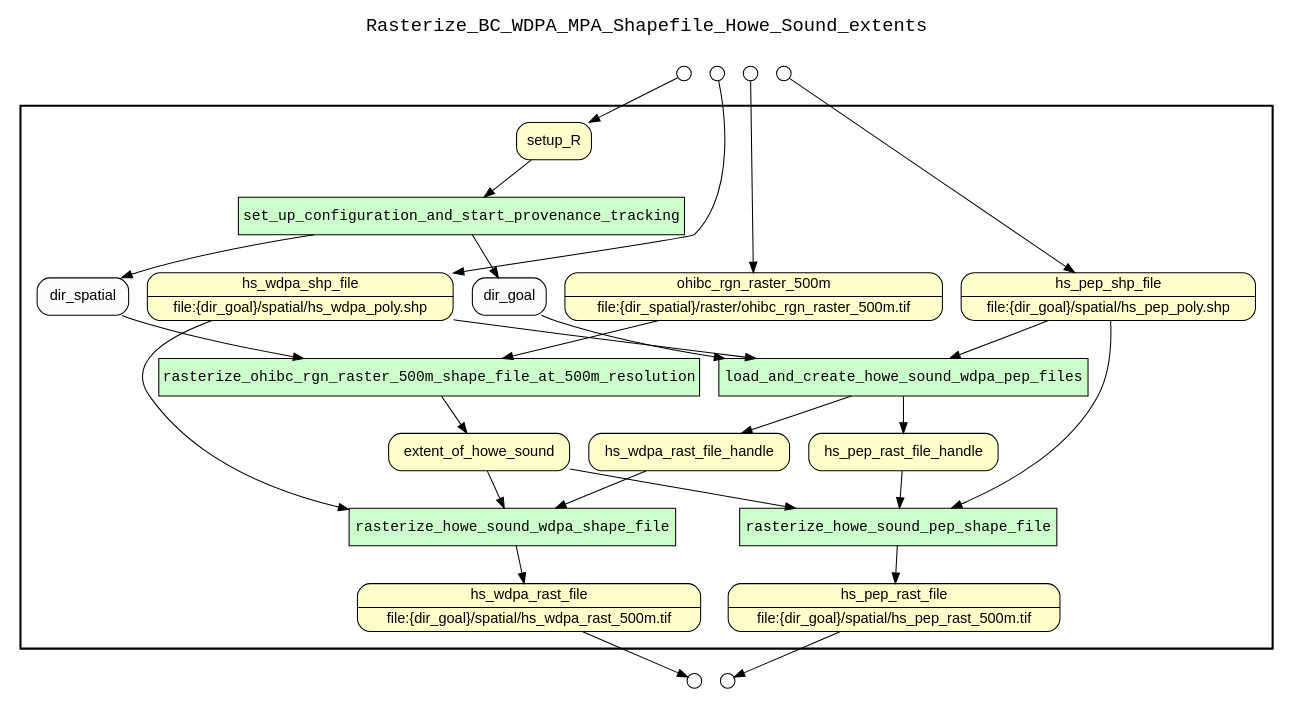
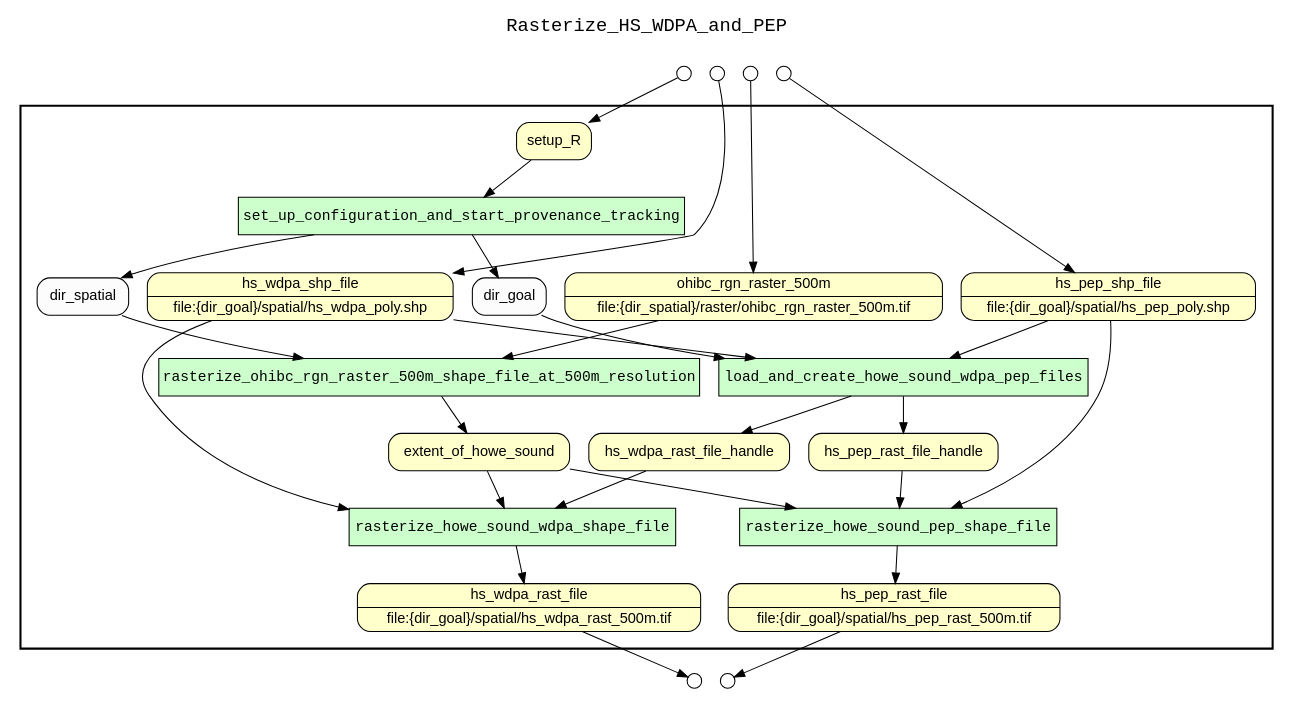
The diagram in examples/OHIBC_Howe_Sound/yw prospective figures only/results/rasterize_HS_WDPA_and_PEP_complete_wf_graph_uri.gv (sycao5/runManager-multipleRuns), drawn with Graphviz before and after one commit. The commit also changed 41 other files, not shown here.

Commit message:
Change the YW top-level WF name the same as the script name. The top-level YW tag is used as title of WF graphs.

```diff
--- a/examples/OHIBC_Howe_Sound/yw prospective figures only/results/rasterize_HS_WDPA_and_PEP_complete_wf_graph_uri.gv
+++ b/examples/OHIBC_Howe_Sound/yw prospective figures only/results/rasterize_HS_WDPA_and_PEP_complete_wf_graph_uri.gv
@@ -1,66 +1,66 @@
 digraph Workflow {
 rankdir=TB
 fontname=Courier; fontsize=18; labelloc=t
-label=Rasterize_BC_WDPA_MPA_Shapefile_Howe_Sound_extents
+label=Rasterize_HS_WDPA_and_PEP
 subgraph cluster_workflow_box_outer { label=""; color=black; penwidth=2
 subgraph cluster_workflow_box_inner { label=""; color=white
 node[shape=box style=filled fillcolor="#CCFFCC" peripheries=1 fontname=Courier]
 set_up_configuration_and_start_provenance_tracking
 rasterize_ohibc_rgn_raster_500m_shape_file_at_500m_resolution
 load_and_create_howe_sound_wdpa_pep_files
 rasterize_howe_sound_wdpa_shape_file
 rasterize_howe_sound_pep_shape_file
 node[shape=box style="rounded,filled" fillcolor="#FFFFCC" peripheries=1 fontname=Helvetica]
 hs_wdpa_rast_file [shape=record rankdir=LR label="{<f0> hs_wdpa_rast_file |<f1> file\:\{dir_goal\}/spatial/hs_wdpa_rast_500m.tif}"];
 hs_pep_rast_file [shape=record rankdir=LR label="{<f0> hs_pep_rast_file |<f1> file\:\{dir_goal\}/spatial/hs_pep_rast_500m.tif}"];
 setup_R
 ohibc_rgn_raster_500m [shape=record rankdir=LR label="{<f0> ohibc_rgn_raster_500m |<f1> file\:\{dir_spatial\}/raster/ohibc_rgn_raster_500m.tif}"];
 hs_wdpa_shp_file [shape=record rankdir=LR label="{<f0> hs_wdpa_shp_file |<f1> file\:\{dir_goal\}/spatial/hs_wdpa_poly.shp}"];
 hs_pep_shp_file [shape=record rankdir=LR label="{<f0> hs_pep_shp_file |<f1> file\:\{dir_goal\}/spatial/hs_pep_poly.shp}"];
 extent_of_howe_sound
 hs_wdpa_rast_file_handle
 hs_pep_rast_file_handle
 node[shape=box style="rounded,filled" fillcolor="#FCFCFC" peripheries=1 fontname=Helvetica]
 dir_spatial
 dir_goal
 set_up_configuration_and_start_provenance_tracking -> dir_spatial
 set_up_configuration_and_start_provenance_tracking -> dir_goal
 setup_R -> set_up_configuration_and_start_provenance_tracking
 rasterize_ohibc_rgn_raster_500m_shape_file_at_500m_resolution -> extent_of_howe_sound
 dir_spatial -> rasterize_ohibc_rgn_raster_500m_shape_file_at_500m_resolution
 ohibc_rgn_raster_500m -> rasterize_ohibc_rgn_raster_500m_shape_file_at_500m_resolution
 load_and_create_howe_sound_wdpa_pep_files -> hs_wdpa_rast_file_handle
 load_and_create_howe_sound_wdpa_pep_files -> hs_pep_rast_file_handle
 dir_goal -> load_and_create_howe_sound_wdpa_pep_files
 hs_wdpa_shp_file -> load_and_create_howe_sound_wdpa_pep_files
 hs_pep_shp_file -> load_and_create_howe_sound_wdpa_pep_files
 rasterize_howe_sound_wdpa_shape_file -> hs_wdpa_rast_file
 hs_wdpa_shp_file -> rasterize_howe_sound_wdpa_shape_file
 extent_of_howe_sound -> rasterize_howe_sound_wdpa_shape_file
 hs_wdpa_rast_file_handle -> rasterize_howe_sound_wdpa_shape_file
 rasterize_howe_sound_pep_shape_file -> hs_pep_rast_file
 hs_pep_shp_file -> rasterize_howe_sound_pep_shape_file
 extent_of_howe_sound -> rasterize_howe_sound_pep_shape_file
 hs_pep_rast_file_handle -> rasterize_howe_sound_pep_shape_file
 }}
 subgraph cluster_input_ports_group_outer { label=""; color=white
 subgraph cluster_input_ports_group_inner { label=""; color=white
 node[shape=circle style="rounded,filled" fillcolor="#FFFFFF" peripheries=1 fontname=Helvetica width=0.2]
 setup_R_input_port [label=""]
 hs_wdpa_shp_file_input_port [label=""]
 hs_pep_shp_file_input_port [label=""]
 ohibc_rgn_raster_500m_input_port [label=""]
 }}
 subgraph cluster_output_ports_group_outer { label=""; color=white
 subgraph cluster_output_ports_group_inner { label=""; color=white
 node[shape=circle style="rounded,filled" fillcolor="#FFFFFF" peripheries=1 fontname=Helvetica width=0.2]
 hs_wdpa_rast_file_output_port [label=""]
 hs_pep_rast_file_output_port [label=""]
 }}
 setup_R_input_port -> setup_R
 hs_wdpa_shp_file_input_port -> hs_wdpa_shp_file
 hs_pep_shp_file_input_port -> hs_pep_shp_file
 ohibc_rgn_raster_500m_input_port -> ohibc_rgn_raster_500m
 hs_wdpa_rast_file -> hs_wdpa_rast_file_output_port
 hs_pep_rast_file -> hs_pep_rast_file_output_port
 }
```
